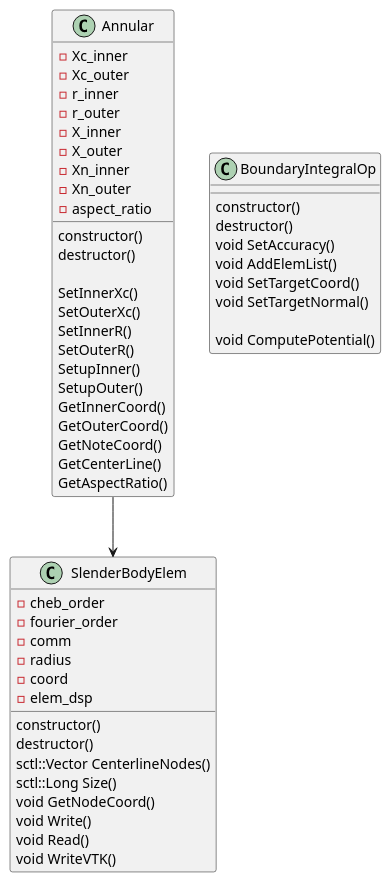
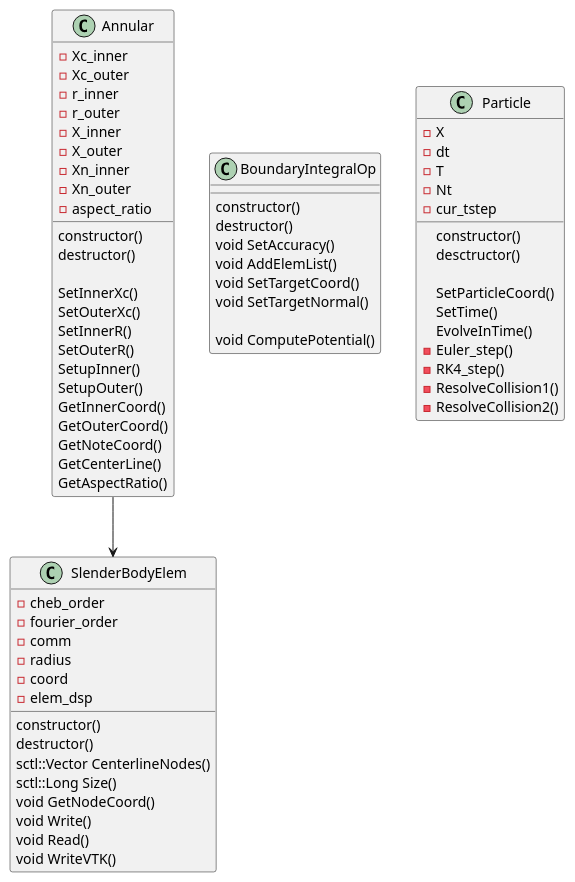
One commit to TianyueLi75/glymphbie changed the diagram in spatial_uml.puml. Above: the diagram before and after it, drawn with PlantUML. The commit also changed 3 other files, not shown here.

Commit message:
Basic structures in the particle class for time evolution and basic collision resolution.

```diff
--- a/spatial_uml.puml
+++ b/spatial_uml.puml
@@ -1,63 +1,85 @@
 @startuml csbq
 
 class SlenderBodyElem {
     - cheb_order
     - fourier_order
     - comm
     - radius
     - coord
     - elem_dsp
 
     constructor()
     destructor()
     sctl::Vector CenterlineNodes()
     sctl::Long Size()
     void GetNodeCoord()
     void Write()
     void Read()
     void WriteVTK()
 
 }
 
 class BoundaryIntegralOp {
     constructor()
     destructor()
     void SetAccuracy()
     void AddElemList()
     void SetTargetCoord()
     void SetTargetNormal()
 
     void ComputePotential()
 }
 
 class Annular {
     - Xc_inner
     - Xc_outer
     - r_inner
     - r_outer
     - X_inner 
     - X_outer
     - Xn_inner
     - Xn_outer 
     - aspect_ratio
 
     constructor() 
     destructor()
 
     SetInnerXc()
     SetOuterXc()
     SetInnerR()
     SetOuterR()
     SetupInner() 
     SetupOuter() 
     GetInnerCoord()
     GetOuterCoord()
     GetNoteCoord()
     GetCenterLine()
     GetAspectRatio()
 }
 
 Annular --> SlenderBodyElem
 
 
+'' Particle class
+class Particle {
+    - X
+    - dt
+    - T
+    - Nt
+    - cur_tstep
+
+    constructor()
+    desctructor()
+
+    SetParticleCoord()
+    SetTime()
+    EvolveInTime()
+    - Euler_step()
+    - RK4_step()
+    - ResolveCollision1()
+    - ResolveCollision2()
+
+}
+
+
 @enduml
```
